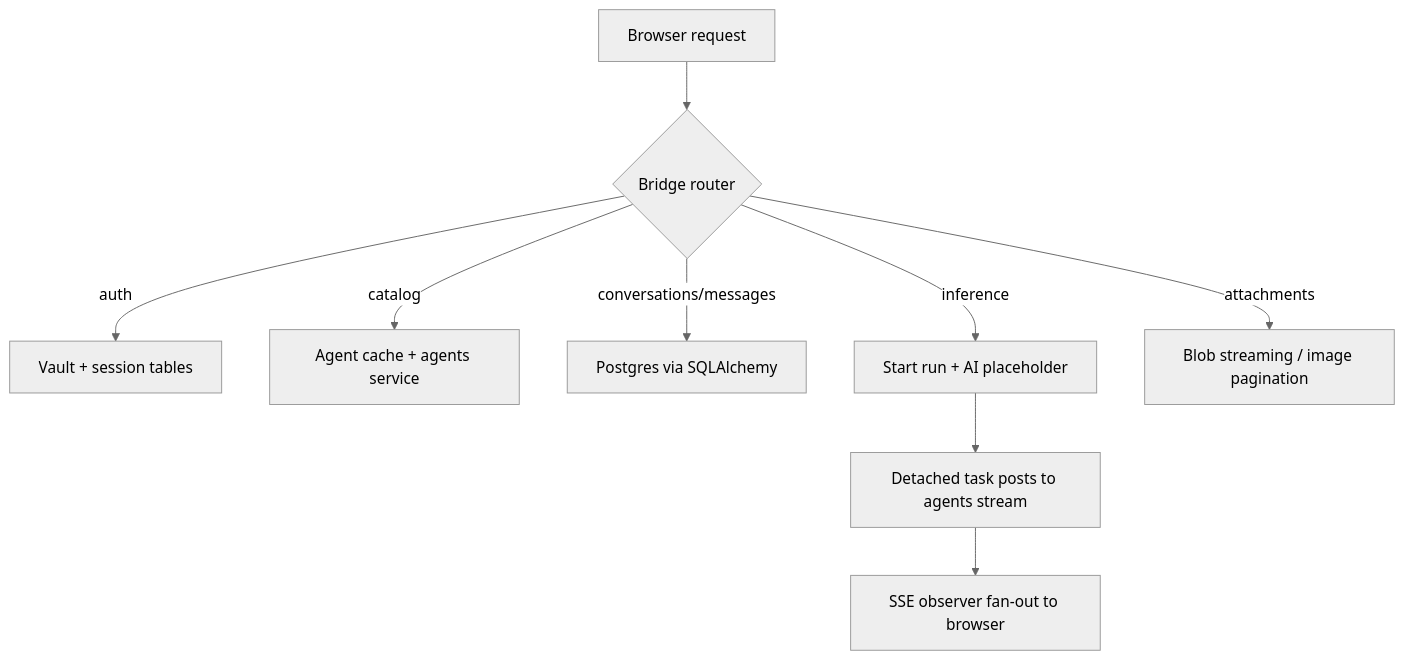
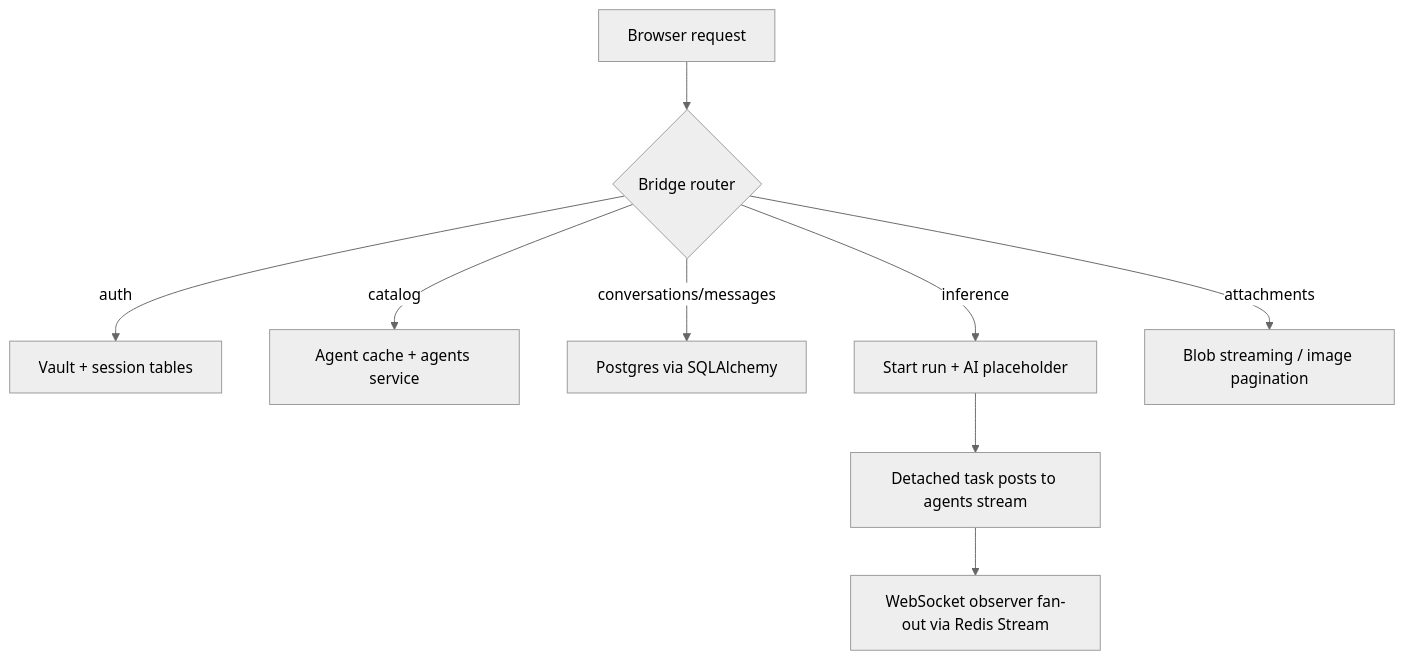
The second of 7 diagrams in src/dialogue_bridge/README.md (konstantinosmpouros/mAgenticX), drawn with Mermaid (neutral theme) before and after one commit. The commit also changed other lines of this file and 26 other files, not shown here.

Commit message:
Migrate inference streaming to WebSocket + Redis

````diff
--- a/src/dialogue_bridge/README.md
+++ b/src/dialogue_bridge/README.md
@@ -71,11 +71,11 @@
 ```mermaid
 flowchart TD
     A[Browser request] --> B{Bridge router}
     B -->|auth| C[Vault + session tables]
     B -->|catalog| D[Agent cache + agents service]
     B -->|conversations/messages| E[Postgres via SQLAlchemy]
     B -->|inference| F[Start run + AI placeholder]
     F --> G[Detached task posts to agents stream]
-    G --> H[SSE observer fan-out to browser]
+    G --> H[WebSocket observer fan-out via Redis Stream]
     B -->|attachments| I[Blob streaming / image pagination]
 ```
````
